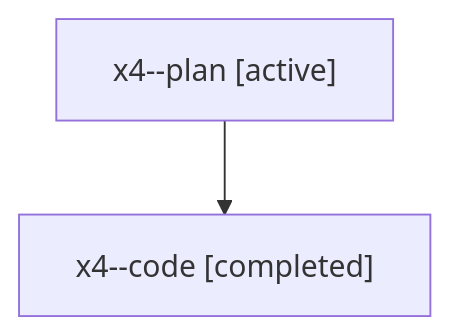
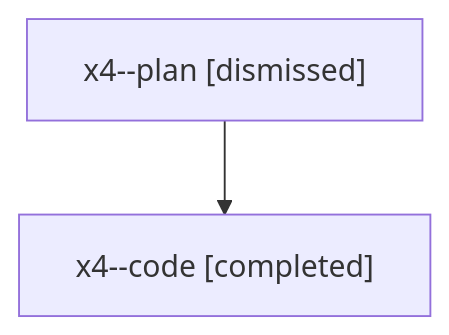
One commit to sase-org/sase--agents changed the diagram in sessions/bbugyi200.athena.x4.md. Above: the diagram before and after it, drawn with Mermaid. The commit also changed other lines of this file and 30 other files, not shown here.

````diff
--- a/sessions/bbugyi200.athena.x4.md
+++ b/sessions/bbugyi200.athena.x4.md
@@ -9,6 +9,6 @@
 ```mermaid
 flowchart TD
-  n0["x4--plan [active]"]
+  n0["x4--plan [dismissed]"]
   n1["x4--code [completed]"]
   n0 --> n1
 ```
````
